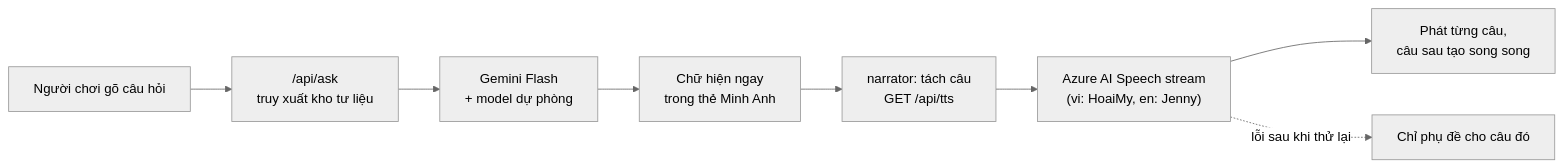
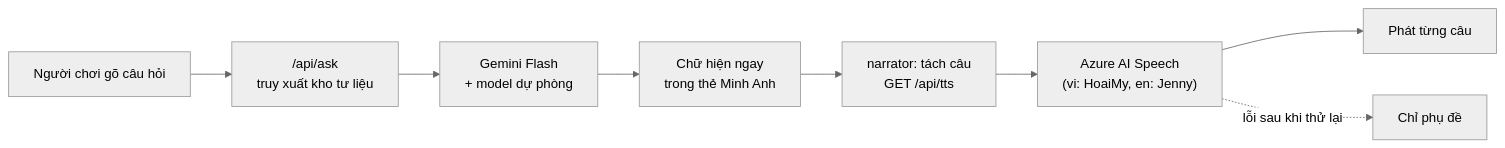
One commit to huynh-phong/3D-Digital-Tourism changed the diagram in README.md. Above: the diagram before and after it, drawn with Mermaid (neutral theme). The commit also changed other lines of this file and 10 other files, not shown here.

````diff
--- a/README.md
+++ b/README.md
@@ -72,10 +142,10 @@
 ```mermaid
 flowchart LR
   Q[Người chơi gõ câu hỏi] --> A["/api/ask<br/>truy xuất kho tư liệu"]
   A --> G[Gemini Flash<br/>+ model dự phòng]
   G --> T[Chữ hiện ngay<br/>trong thẻ Minh Anh]
   T --> N["narrator: tách câu<br/>GET /api/tts"]
-  N --> E["Azure AI Speech stream<br/>(vi: HoaiMy, en: Jenny)"]
-  E --> P[Phát từng câu,<br/>câu sau tạo song song]
-  E -. lỗi sau khi thử lại .-> F[Chỉ phụ đề cho câu đó]
+  N --> E["Azure AI Speech<br/>(vi: HoaiMy, en: Jenny)"]
+  E --> P[Phát từng câu]
+  E -. lỗi sau khi thử lại .-> F[Chỉ phụ đề]
 ```
````
